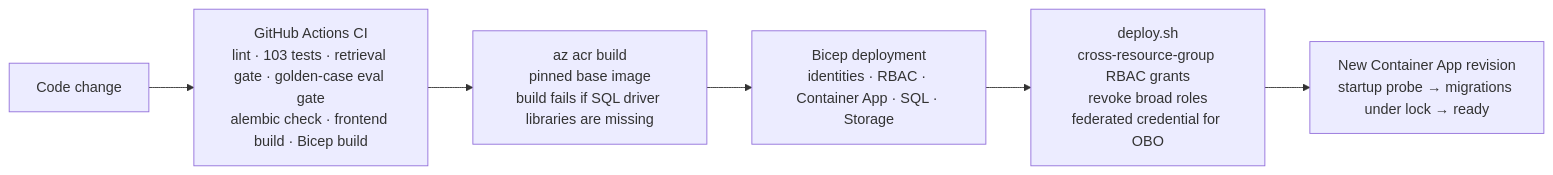
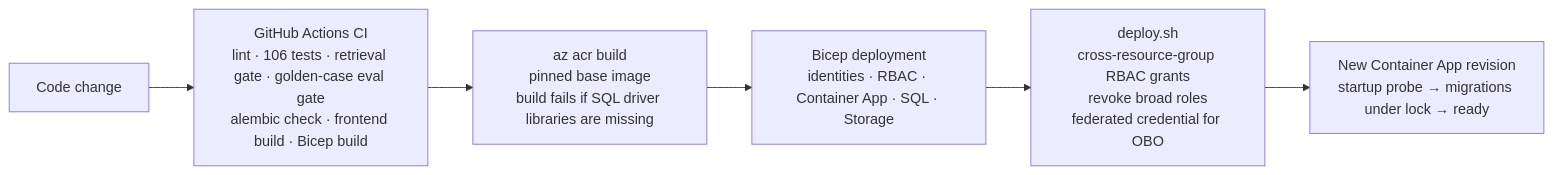
One commit to prasadregula/onboardiq changed the seventh of 7 diagrams in docs/DIAGRAMS.md. Above: the diagram before and after it, drawn with Mermaid. The commit also changed 10 other files, not shown here.

````diff
--- a/docs/DIAGRAMS.md
+++ b/docs/DIAGRAMS.md
@@ -220,8 +220,8 @@
 ```mermaid
 flowchart LR
-    dev["Code change"] --> ci["GitHub Actions CI<br/>lint · 103 tests · retrieval gate · golden-case eval gate<br/>alembic check · frontend build · Bicep build"]
+    dev["Code change"] --> ci["GitHub Actions CI<br/>lint · 106 tests · retrieval gate · golden-case eval gate<br/>alembic check · frontend build · Bicep build"]
     ci --> build["az acr build<br/>pinned base image<br/>build fails if SQL driver libraries are missing"]
     build --> bicep["Bicep deployment<br/>identities · RBAC · Container App · SQL · Storage"]
     bicep --> grants["deploy.sh<br/>cross-resource-group RBAC grants<br/>revoke broad roles<br/>federated credential for OBO"]
     grants --> rev["New Container App revision<br/>startup probe → migrations under lock → ready"]
 ```
````
